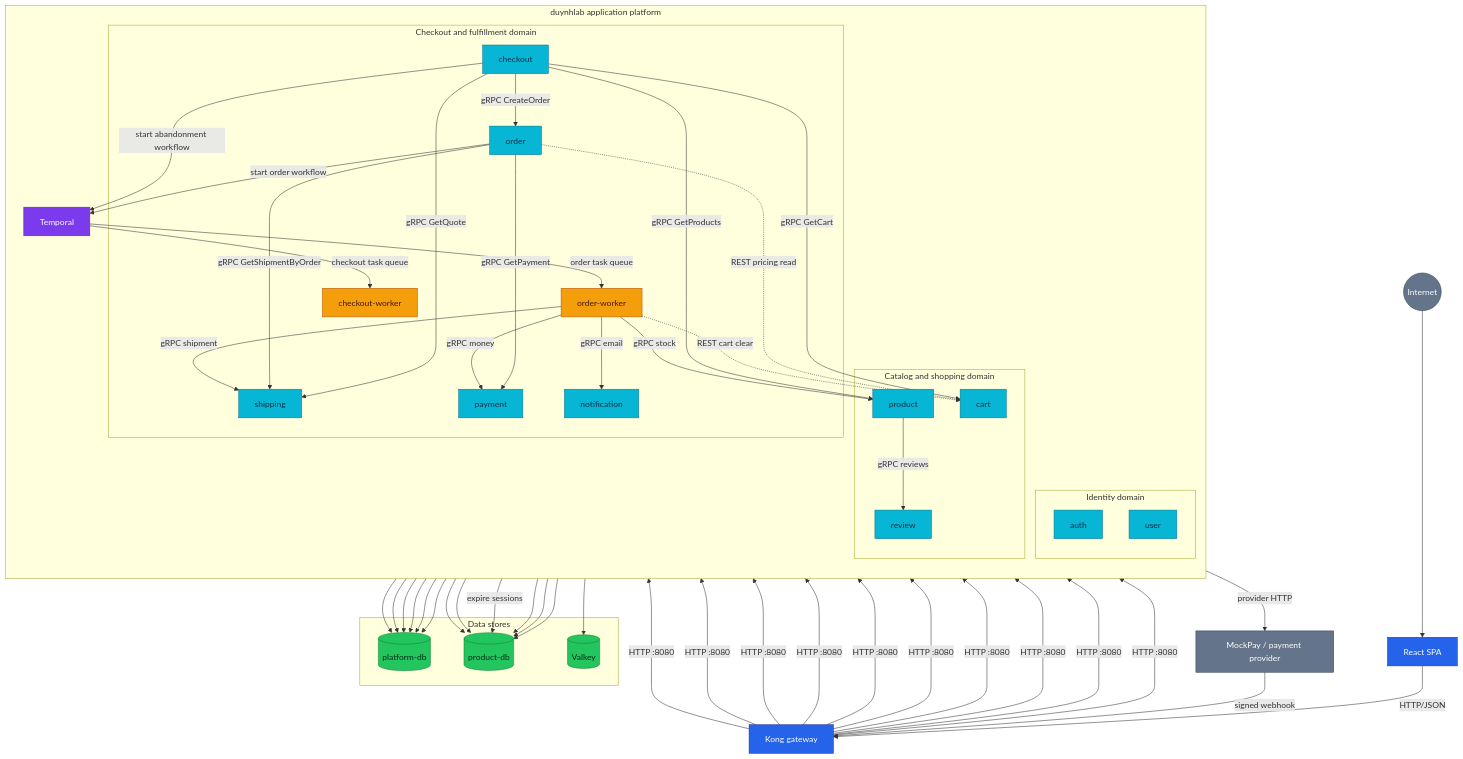
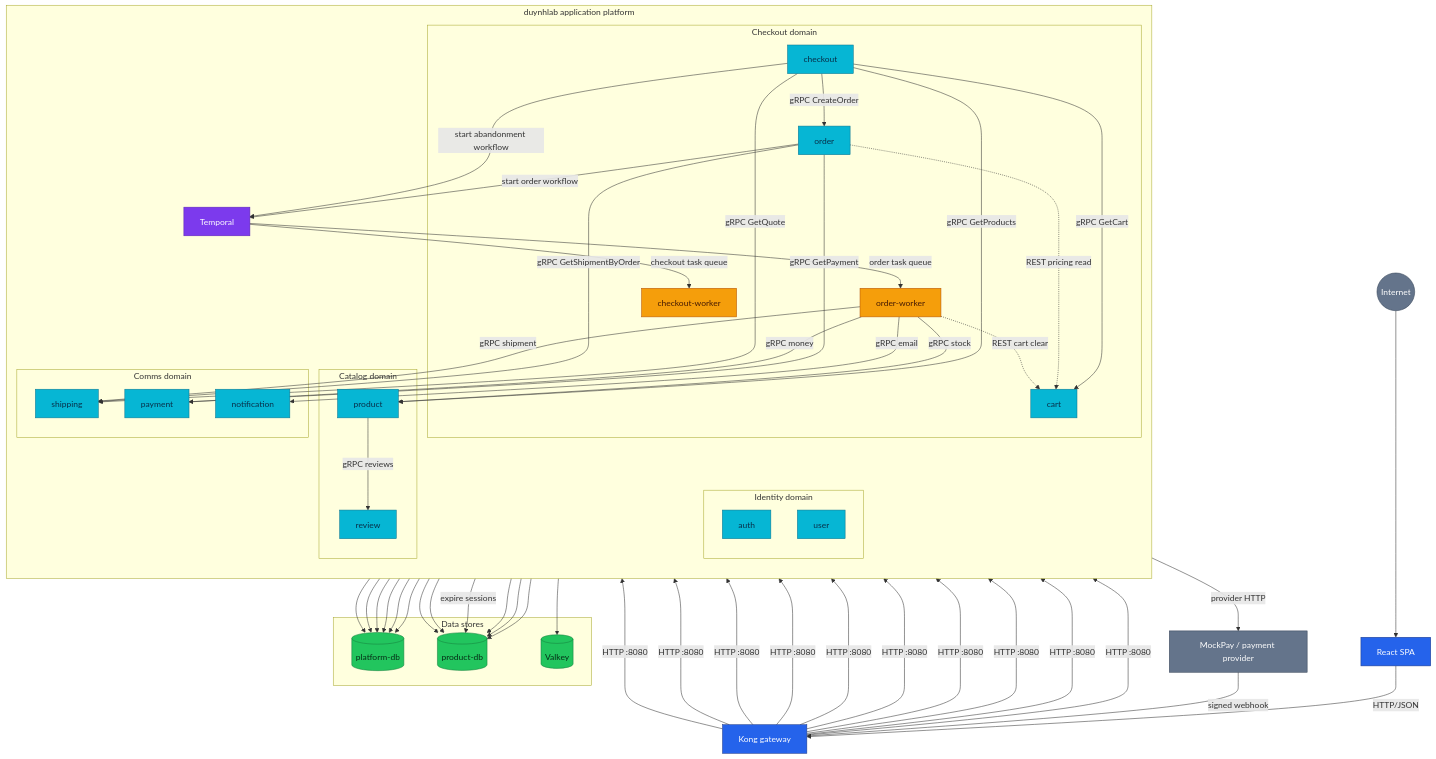
One commit to duynhlab/homelab changed the first of 10 diagrams in docs/api/api.md. Above: the diagram before and after it, drawn with Mermaid. The commit also changed other lines of this file and 26 other files, not shown here.

```diff
--- a/docs/api/api.md
+++ b/docs/api/api.md
@@ -41,19 +41,21 @@
             Auth["auth"]
             User["user"]
         end
-        subgraph Catalog["Catalog and shopping domain"]
+        subgraph Catalog["Catalog domain"]
             Product["product"]
             Review["review"]
+        end
+        subgraph CheckoutDomain["Checkout domain"]
             Cart["cart"]
-        end
-        subgraph Fulfillment["Checkout and fulfillment domain"]
             Checkout["checkout"]
             Order["order"]
+            CheckoutWorker["checkout-worker"]
+            OrderWorker["order-worker"]
+        end
+        subgraph Comms["Comms domain"]
             Shipping["shipping"]
             Payment["payment"]
             Notification["notification"]
-            CheckoutWorker["checkout-worker"]
-            OrderWorker["order-worker"]
         end
         Temporal["Temporal"]
     end
```
